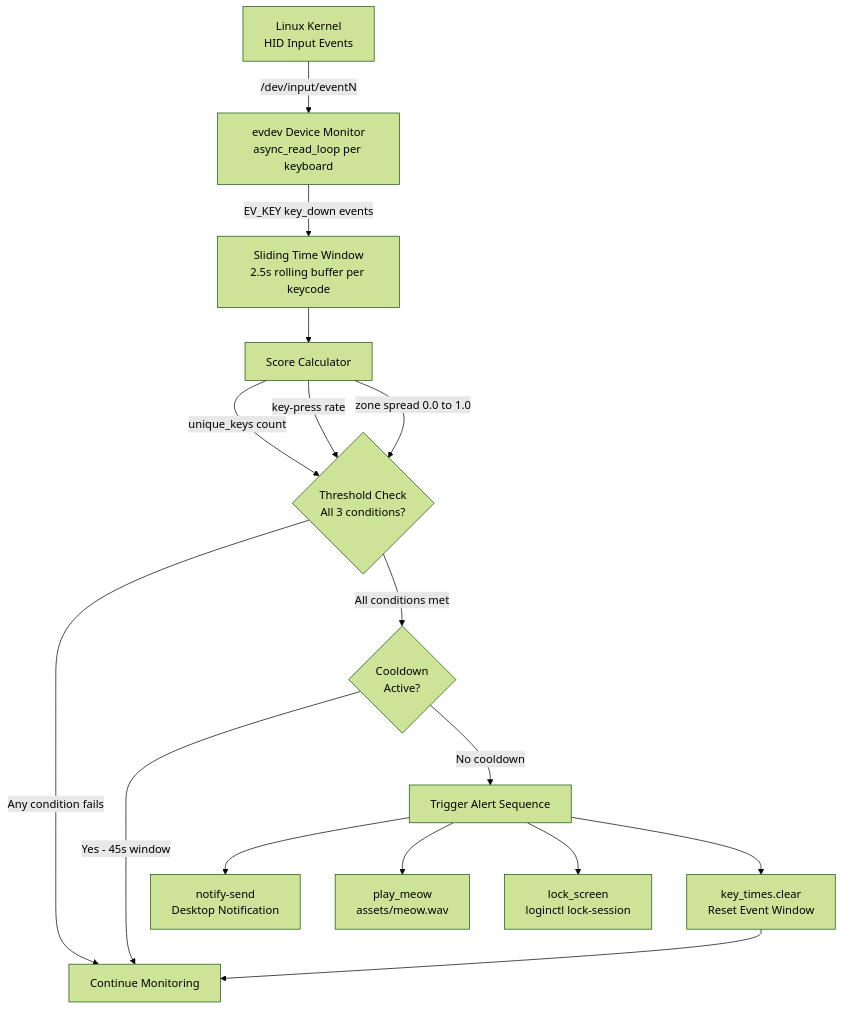
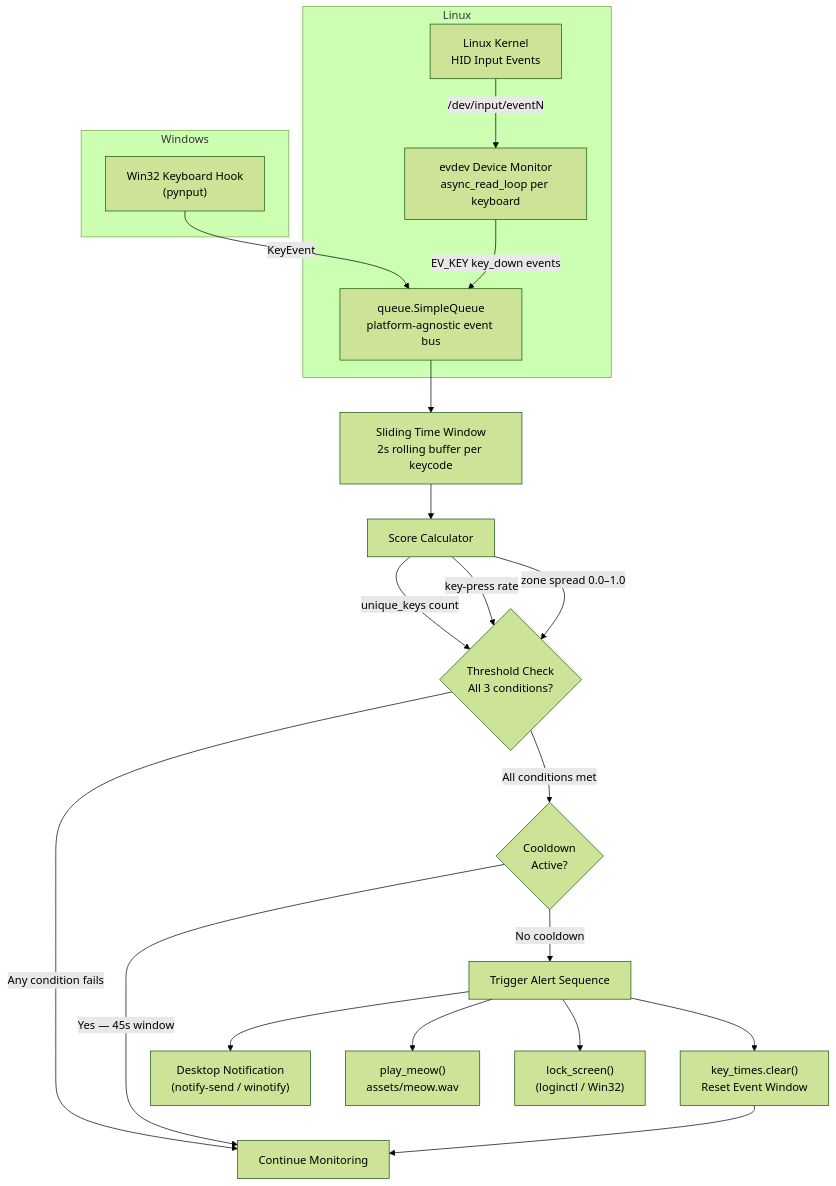
One commit to hkevin01/cat-detector changed the first of 4 diagrams in README.md. Above: the diagram before and after it, drawn with Mermaid (forest theme). The commit also changed other lines of this file, not shown here.

Commit message:
fix: update README to reflect cross-platform support and enhance clarity

````diff
--- a/README.md
+++ b/README.md
@@ -92,18 +101,24 @@
 ```mermaid
 flowchart TD
-  A["Linux Kernel<br/>HID Input Events"] -->|"/dev/input/eventN"| B["evdev Device Monitor<br/>async_read_loop per keyboard"]
-  B -->|"EV_KEY key_down events"| C["Sliding Time Window<br/>2.5s rolling buffer per keycode"]
+  subgraph Linux
+    A["Linux Kernel<br/>HID Input Events"] -->|"/dev/input/eventN"| B["evdev Device Monitor<br/>async_read_loop per keyboard"]
+    B -->|"EV_KEY key_down events"| Q
+  end
+  subgraph Windows
+    W["Win32 Keyboard Hook<br/>(pynput)"] -->|"KeyEvent"| Q
+  end
+  Q["queue.SimpleQueue<br/>platform-agnostic event bus"] --> C["Sliding Time Window<br/>2s rolling buffer per keycode"]
   C --> D["Score Calculator"]
   D -->|"unique_keys count"| E{"Threshold Check<br/>All 3 conditions?"}
   D -->|"key-press rate"| E
-  D -->|"zone spread 0.0 to 1.0"| E
+  D -->|"zone spread 0.0–1.0"| E
   E -->|"Any condition fails"| F["Continue Monitoring"]
   E -->|"All conditions met"| G{"Cooldown<br/>Active?"}
-  G -->|"Yes - 45s window"| F
+  G -->|"Yes — 45s window"| F
   G -->|"No cooldown"| H["Trigger Alert Sequence"]
-  H --> I["notify-send<br/>Desktop Notification"]
-  H --> J["play_meow<br/>assets/meow.wav"]
-  H --> K["lock_screen<br/>loginctl lock-session"]
-  H --> L["key_times.clear<br/>Reset Event Window"]
-    L --> F
+  H --> I["Desktop Notification<br/>(notify-send / winotify)"]
+  H --> J["play_meow()<br/>assets/meow.wav"]
+  H --> K["lock_screen()<br/>(loginctl / Win32)"]
+  H --> L["key_times.clear()<br/>Reset Event Window"]
+  L --> F
 ```
````
